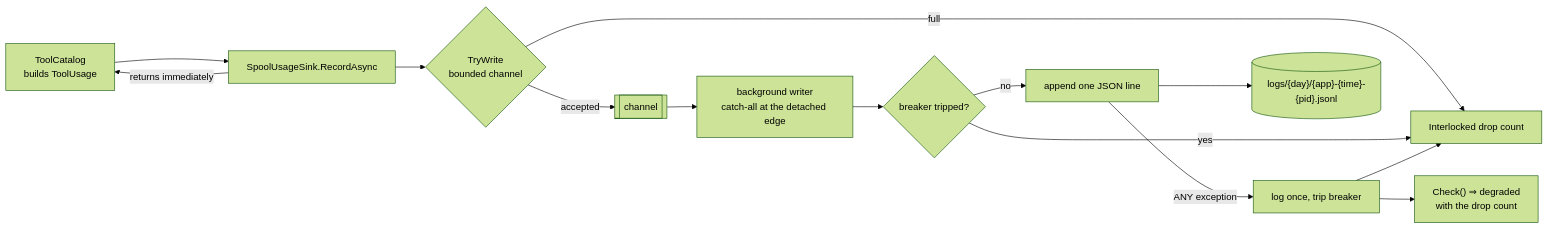
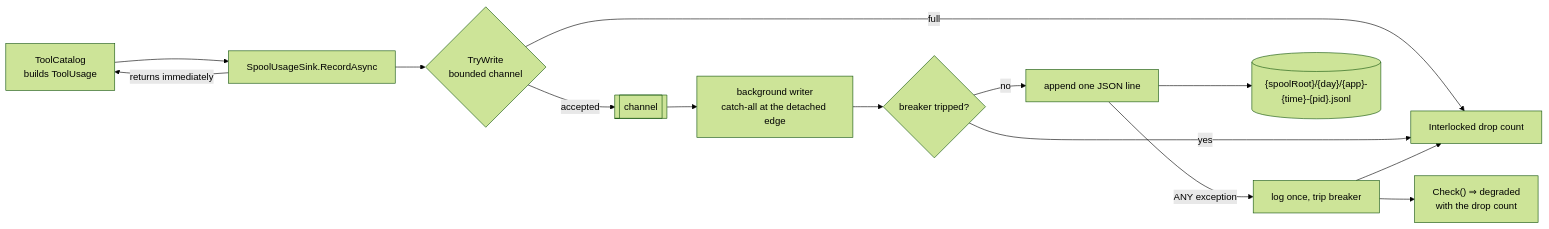
One commit to oleksandrdubyna88/dew_flow_mcp changed the diagram in research/module_telemetry.md. Above: the diagram before and after it, drawn with Mermaid (forest theme). The commit also changed other lines of this file and 3 other files, not shown here.

````diff
--- a/research/module_telemetry.md
+++ b/research/module_telemetry.md
@@ -19,17 +19,17 @@
 ```mermaid
 flowchart LR
     CATALOG["ToolCatalog<br/>builds ToolUsage"] --> RECORD["SpoolUsageSink.RecordAsync"]
     RECORD --> TRY{"TryWrite<br/>bounded channel"}
     TRY -->|accepted| QUEUE[["channel"]]
     TRY -->|full| DROP["Interlocked drop count"]
     RECORD -->|returns immediately| CATALOG
 
     QUEUE --> WRITER["background writer<br/>catch-all at the detached edge"]
     WRITER --> BROKEN{"breaker tripped?"}
     BROKEN -->|yes| DROP
     BROKEN -->|no| APPEND["append one JSON line"]
     APPEND -->|"ANY exception"| TRIP["log once, trip breaker"]
-    APPEND --> FILE[("logs/{day}/{app}-{time}-{pid}.jsonl")]
+    APPEND --> FILE[("{spoolRoot}/{day}/{app}-{time}-{pid}.jsonl")]
     TRIP --> DROP
     TRIP --> HEALTH["Check() ⇒ degraded<br/>with the drop count"]
 ```
````
